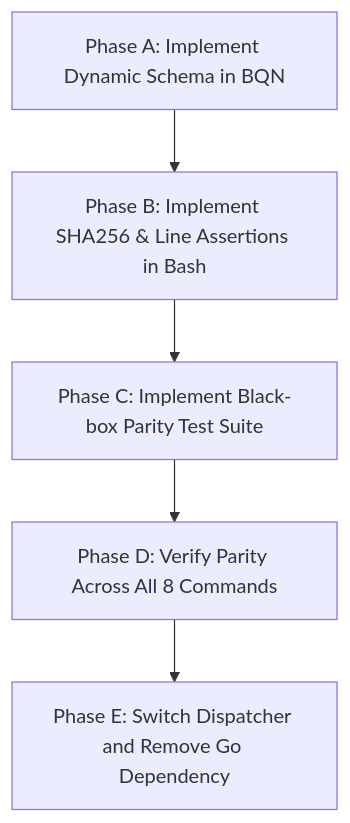
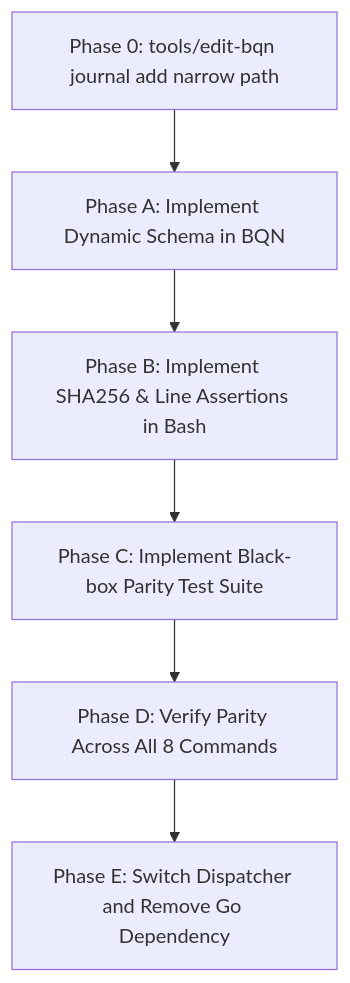
The diagram in docs/archive/active-plans/GO_BQN_GAP_ALIGNMENT_PLAN.md (shumoku88-bit/bqn-ledger), drawn with Mermaid before and after one commit. The commit also changed other lines of this file and 17 other files, not shown here.

First line of the commit message:
src_edit: add experimental bqn append editor path (#20)

````diff
--- a/docs/archive/active-plans/GO_BQN_GAP_ALIGNMENT_PLAN.md
+++ b/docs/archive/active-plans/GO_BQN_GAP_ALIGNMENT_PLAN.md
@@ -72,7 +110,8 @@
 ```mermaid
 graph TD
-    A["Phase A: Implement Dynamic Schema in BQN"] --> B["Phase B: Implement SHA256 & Line Assertions in Bash"]
+    Z["Phase 0: tools/edit-bqn journal add narrow path"] --> A["Phase A: Implement Dynamic Schema in BQN"]
+    A --> B["Phase B: Implement SHA256 & Line Assertions in Bash"]
     B --> C["Phase C: Implement Black-box Parity Test Suite"]
     C --> D["Phase D: Verify Parity Across All 8 Commands"]
     D --> E["Phase E: Switch Dispatcher and Remove Go Dependency"]
 ```
````
